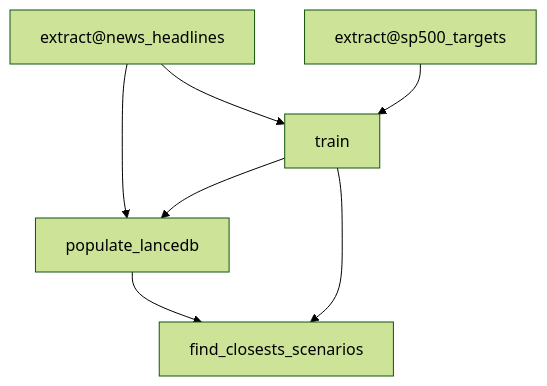
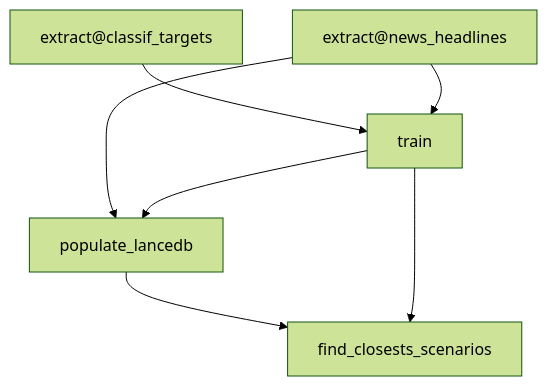
One commit to remiadon/ShockChain changed the diagram in README.md. Above: the diagram before and after it, drawn with Mermaid (forest theme). The commit also changed 4 other files, not shown here.

````diff
--- a/README.md
+++ b/README.md
@@ -1,14 +1,14 @@
 ```mermaid
 flowchart TD
-	node1["extract@news_headlines"]
-	node2["extract@sp500_targets"]
+	node1["extract@classif_targets"]
+	node2["extract@news_headlines"]
 	node3["find_closests_scenarios"]
 	node4["populate_lancedb"]
 	node5["train"]
-	node1-->node4
 	node1-->node5
+	node2-->node4
 	node2-->node5
 	node4-->node3
 	node5-->node3
 	node5-->node4
 ```
````
